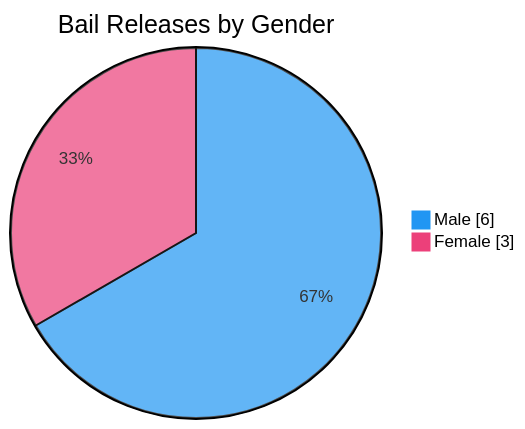
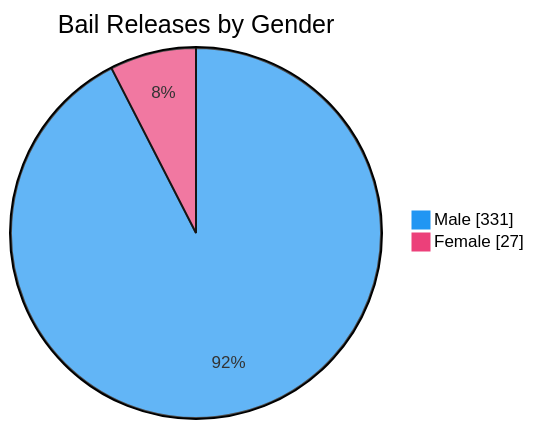
Before and after one commit to nuuuwan/lk_prisons: the seventh of 7 diagrams in README.md, drawn with Mermaid. The commit also changed other lines of this file and 1 other file, not shown here.

````diff
--- a/README.md
+++ b/README.md
@@ -109,6 +109,6 @@
 ```mermaid
 %%{init: {'themeVariables': {'pie1': '#2196F3', 'pie2': '#EC407A'}}}%%
 pie showData title Bail Releases by Gender
-    "Male" : 6
-    "Female" : 3
+    "Male" : 331
+    "Female" : 27
 ```
````
